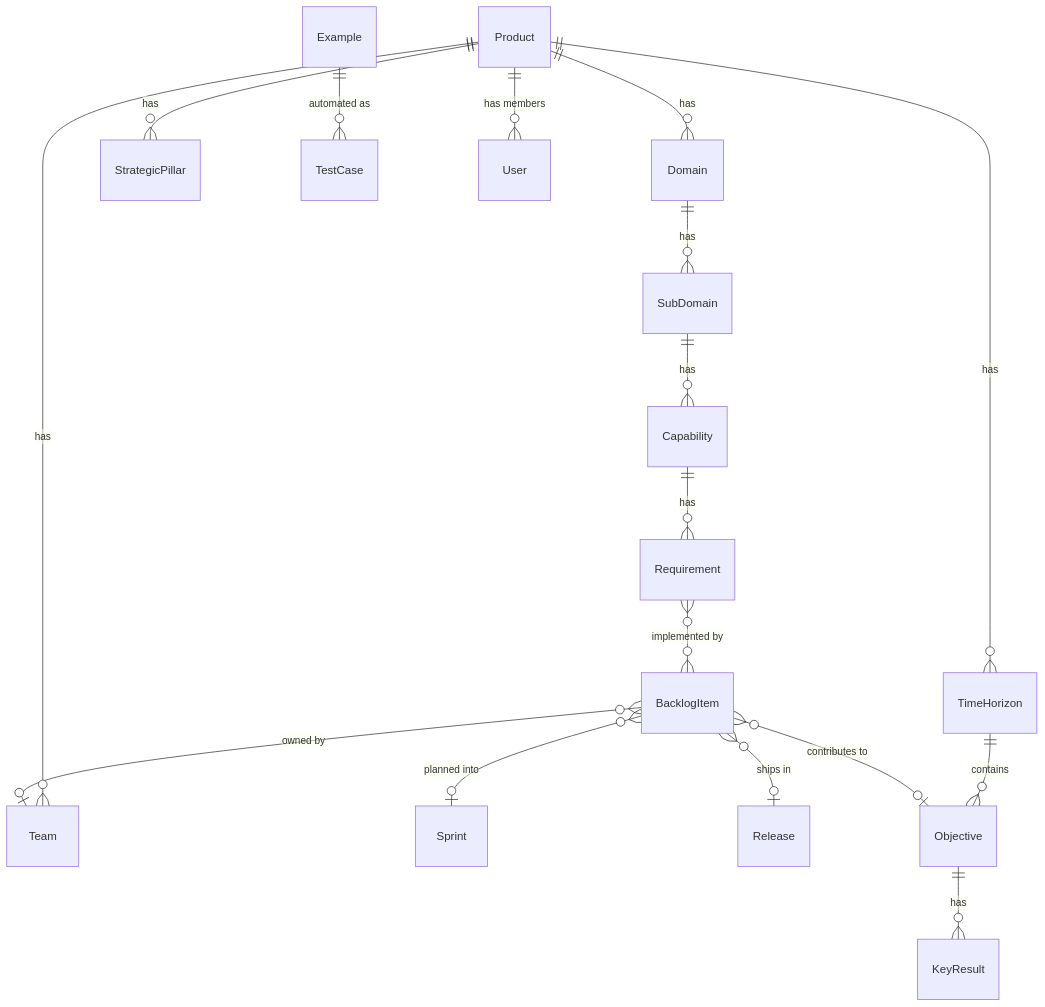
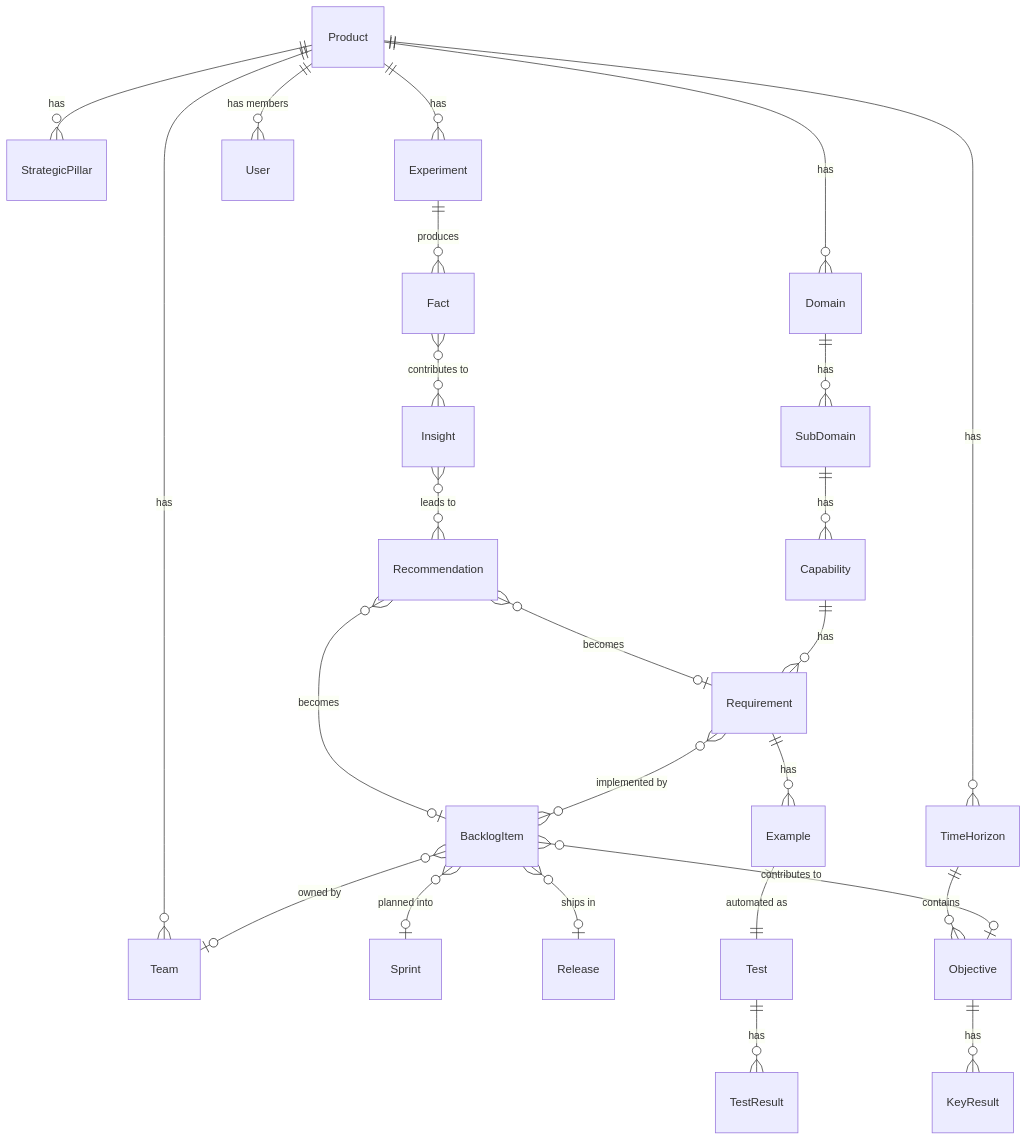
Before and after one commit to SmidigStorm/skald-python: the diagram in docs/domains/_overview.md, drawn with Mermaid. The commit also changed other lines of this file and 10 other files, not shown here.

````diff
--- a/docs/domains/_overview.md
+++ b/docs/domains/_overview.md
@@ -20,19 +20,27 @@
 ```mermaid
 erDiagram
     Product ||--o{ Domain : "has"
     Domain ||--o{ SubDomain : "has"
     SubDomain ||--o{ Capability : "has"
     Capability ||--o{ Requirement : "has"
+    Requirement ||--o{ Example : "has"
     Requirement }o--o{ BacklogItem : "implemented by"
     BacklogItem }o--o| Team : "owned by"
     BacklogItem }o--o| Sprint : "planned into"
     BacklogItem }o--o| Release : "ships in"
     BacklogItem }o--o| Objective : "contributes to"
     Product ||--o{ StrategicPillar : "has"
     Product ||--o{ TimeHorizon : "has"
     TimeHorizon ||--o{ Objective : "contains"
     Objective ||--o{ KeyResult : "has"
-    Example ||--o{ TestCase : "automated as"
+    Example ||--|| Test : "automated as"
+    Test ||--o{ TestResult : "has"
+    Product ||--o{ Experiment : "has"
+    Experiment ||--o{ Fact : "produces"
+    Fact }o--o{ Insight : "contributes to"
+    Insight }o--o{ Recommendation : "leads to"
+    Recommendation }o--o| BacklogItem : "becomes"
+    Recommendation }o--o| Requirement : "becomes"
     Product ||--o{ User : "has members"
     Product ||--o{ Team : "has"
 ```
````
